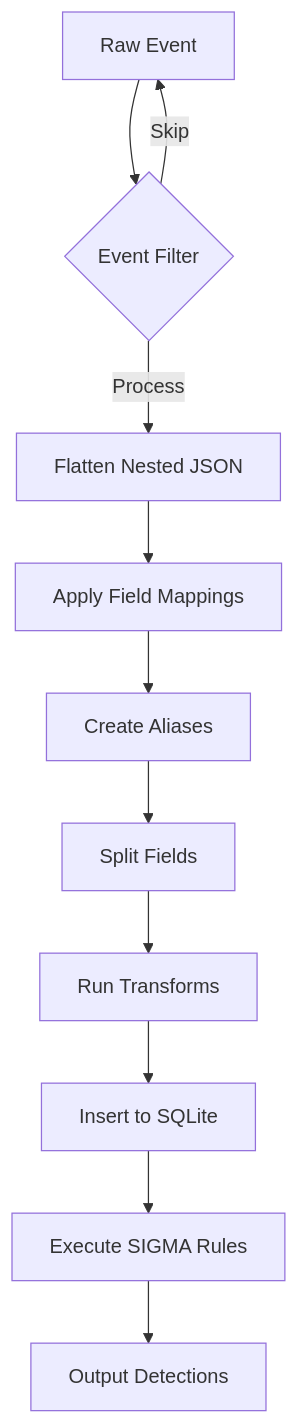
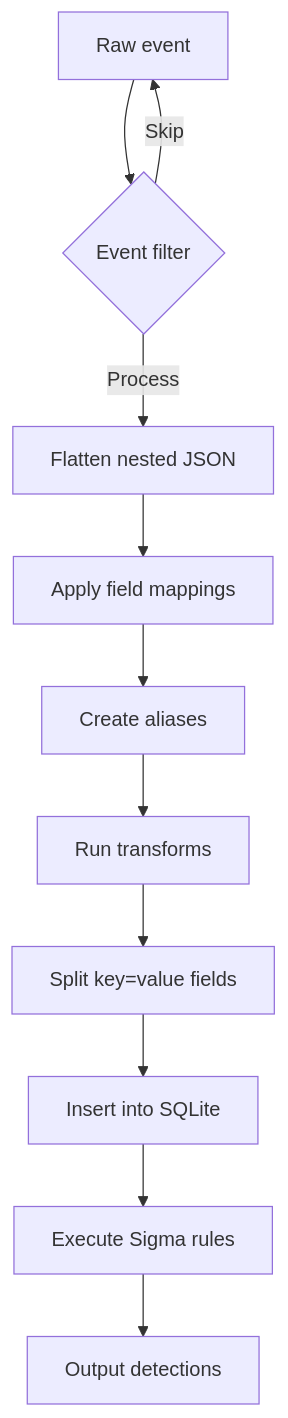
One commit to wagga40/Zircolite changed the second of 3 diagrams in docs/Internals.md. Above: the diagram before and after it, drawn with Mermaid. The commit also changed other lines of this file and 6 other files, not shown here.

````diff
--- a/docs/Internals.md
+++ b/docs/Internals.md
@@ -57,13 +32,13 @@
 ```mermaid
 flowchart TB
-    A[Raw Event] --> B{Event Filter}
+    A[Raw event] --> B{Event filter}
     B -->|Skip| A
-    B -->|Process| C[Flatten Nested JSON]
-    C --> D[Apply Field Mappings]
-    D --> E[Create Aliases]
-    E --> F[Split Fields]
-    F --> G[Run Transforms]
-    G --> H[Insert to SQLite]
-    H --> I[Execute SIGMA Rules]
-    I --> J[Output Detections]
+    B -->|Process| C[Flatten nested JSON]
+    C --> D[Apply field mappings]
+    D --> E[Create aliases]
+    E --> F[Run transforms]
+    F --> G[Split key=value fields]
+    G --> H[Insert into SQLite]
+    H --> I[Execute Sigma rules]
+    I --> J[Output detections]
 ```
````
